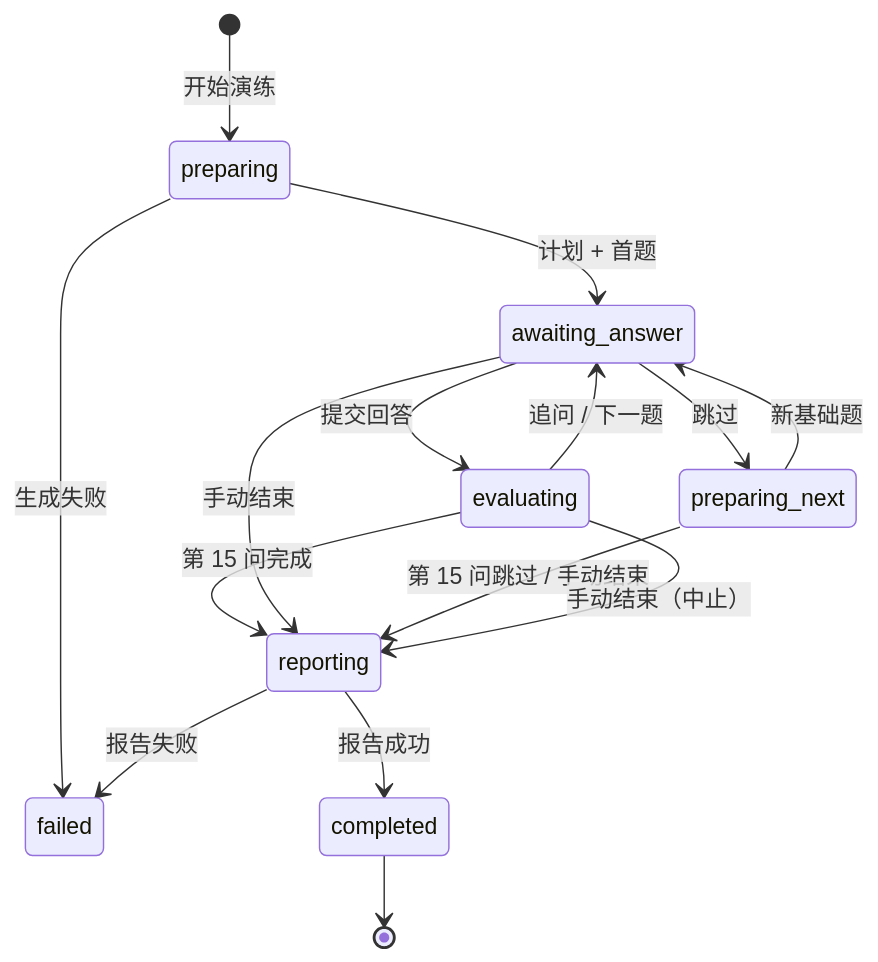
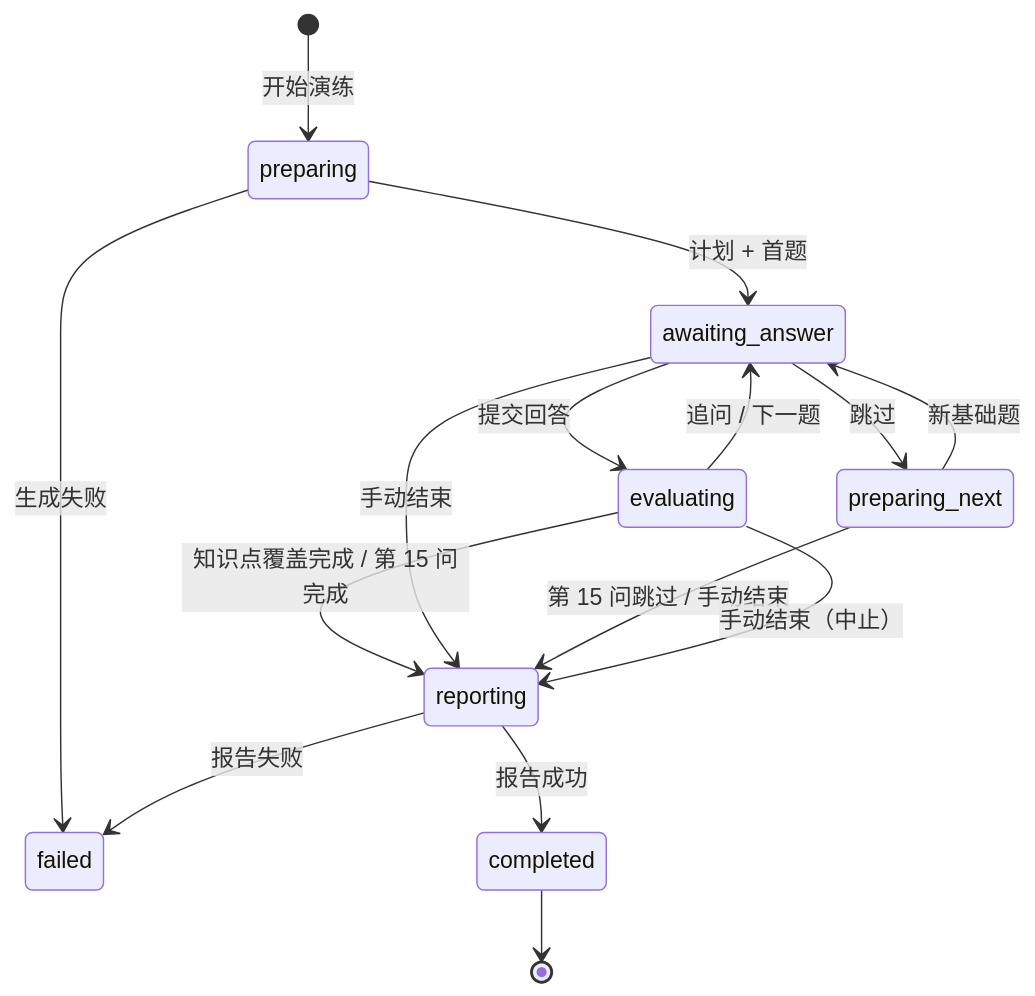
One commit to yuchentime/tech-forge changed the diagram in docs/current/domains/rehearsals/index.md. Above: the diagram before and after it, drawn with Mermaid. The commit also changed other lines of this file and 71 other files, not shown here.

````diff
--- a/docs/current/domains/rehearsals/index.md
+++ b/docs/current/domains/rehearsals/index.md
@@ -45,17 +38,17 @@
 ```mermaid
 stateDiagram-v2
     [*] --> preparing: 开始演练
     preparing --> awaiting_answer: 计划 + 首题
     preparing --> failed: 生成失败
     awaiting_answer --> evaluating: 提交回答
     awaiting_answer --> preparing_next: 跳过
     preparing_next --> awaiting_answer: 新基础题
     evaluating --> awaiting_answer: 追问 / 下一题
-    evaluating --> reporting: 第 15 问完成
+    evaluating --> reporting: 知识点覆盖完成 / 第 15 问完成
     awaiting_answer --> reporting: 手动结束
     preparing_next --> reporting: 第 15 问跳过 / 手动结束
     evaluating --> reporting: 手动结束（中止）
     reporting --> completed: 报告成功
     reporting --> failed: 报告失败
     completed --> [*]
 ```
````
